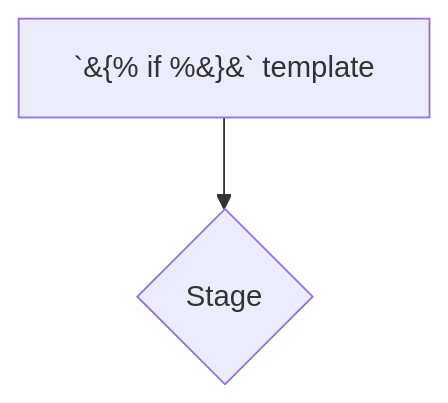
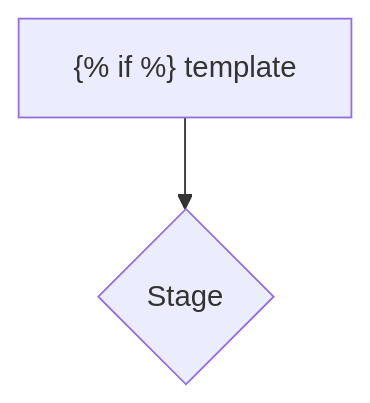
Before and after one commit to probelabs/mermaid-lint: the fourth of 54 diagrams in test-fixtures/flowchart/INVALID_DIAGRAMS.md, drawn with Mermaid. The commit also changed other lines of this file and 3 other files, not shown here.

First line of the commit message:
fix(flowchart/autofix): remove backticks instead of encoding to HTML entities

````diff
--- a/test-fixtures/flowchart/INVALID_DIAGRAMS.md
+++ b/test-fixtures/flowchart/INVALID_DIAGRAMS.md
@@ -759,6 +759,6 @@
 ```mermaid
 flowchart TD
-  A["#96;&#123;% if %&#125;&#96; template"] --> B{Stage}
+  A["{% if %} template"] --> B{Stage}
 
 
 ```
````
